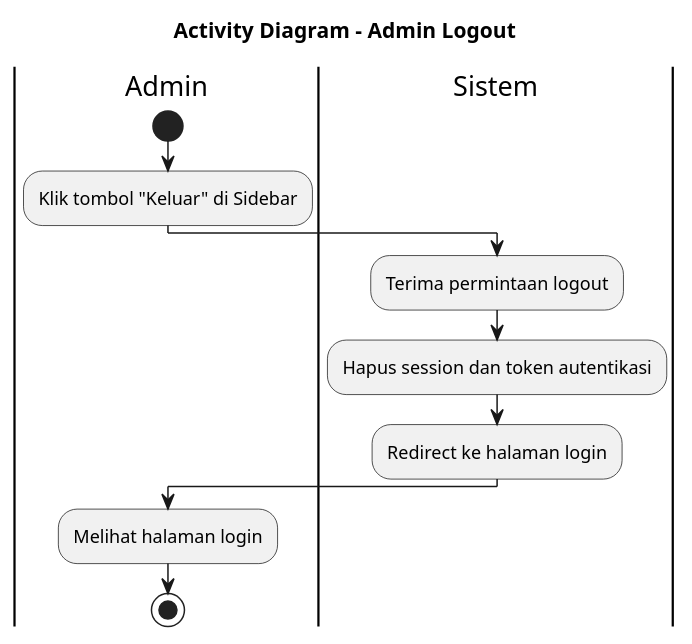
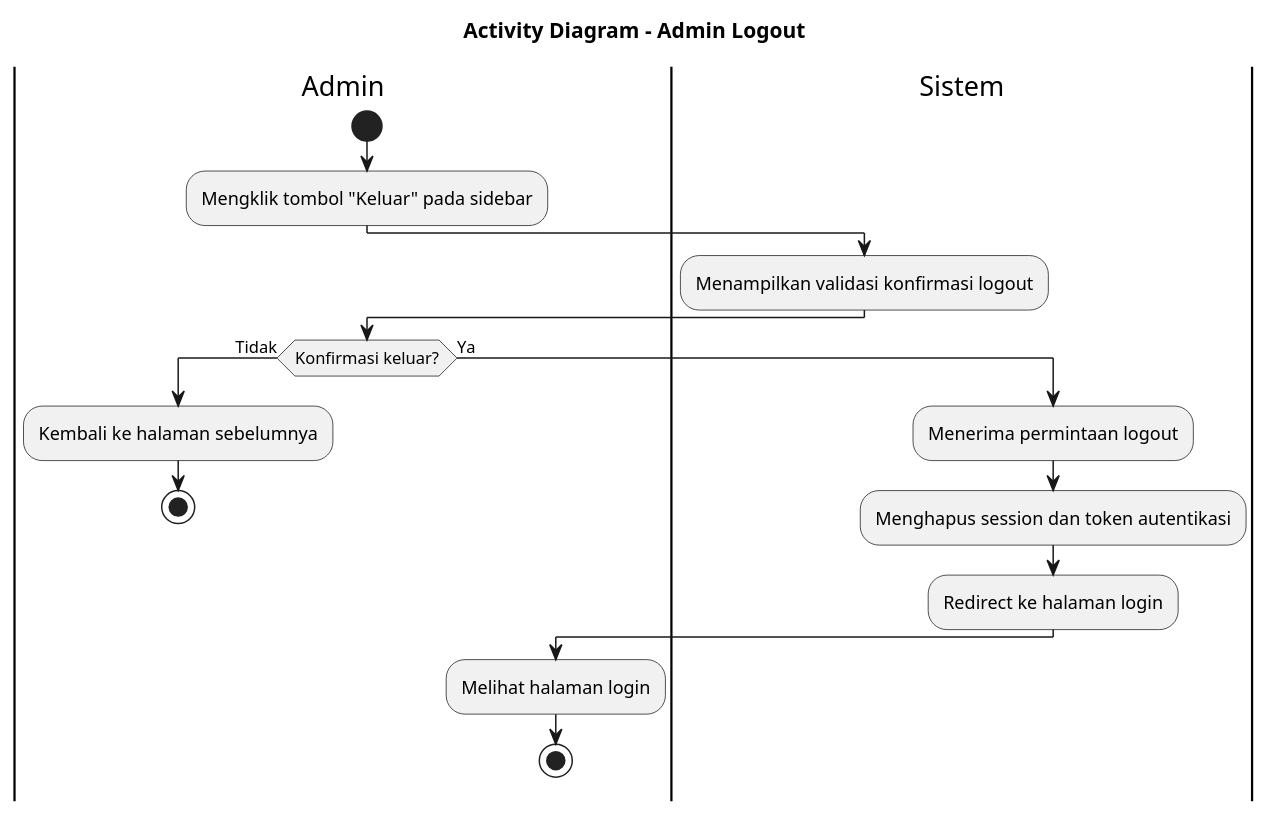
Before and after one commit to jaddu17/capstonepmikp: the diagram in diagram/activitydiagram_admin_logout.puml, drawn with PlantUML. The commit also changed 11 other files, not shown here.

```diff
--- a/diagram/activitydiagram_admin_logout.puml
+++ b/diagram/activitydiagram_admin_logout.puml
@@ -1,17 +1,26 @@
 @startuml ACTIVITY_DIAGRAM_ADMIN_LOGOUT
 title Activity Diagram - Admin Logout
 
 |Admin|
 start
-:Klik tombol "Keluar" di Sidebar;
+:Mengklik tombol "Keluar" pada sidebar;
 
 |Sistem|
-:Terima permintaan logout;
-:Hapus session dan token autentikasi;
-:Redirect ke halaman login;
+:Menampilkan validasi konfirmasi logout;
 
 |Admin|
-:Melihat halaman login;
-stop
+if (Konfirmasi keluar?) then (Tidak)
+  :Kembali ke halaman sebelumnya;
+  stop
+else (Ya)
+  |Sistem|
+  :Menerima permintaan logout;
+  :Menghapus session dan token autentikasi;
+  :Redirect ke halaman login;
+  
+  |Admin|
+  :Melihat halaman login;
+  stop
+endif
 
 @enduml
```
